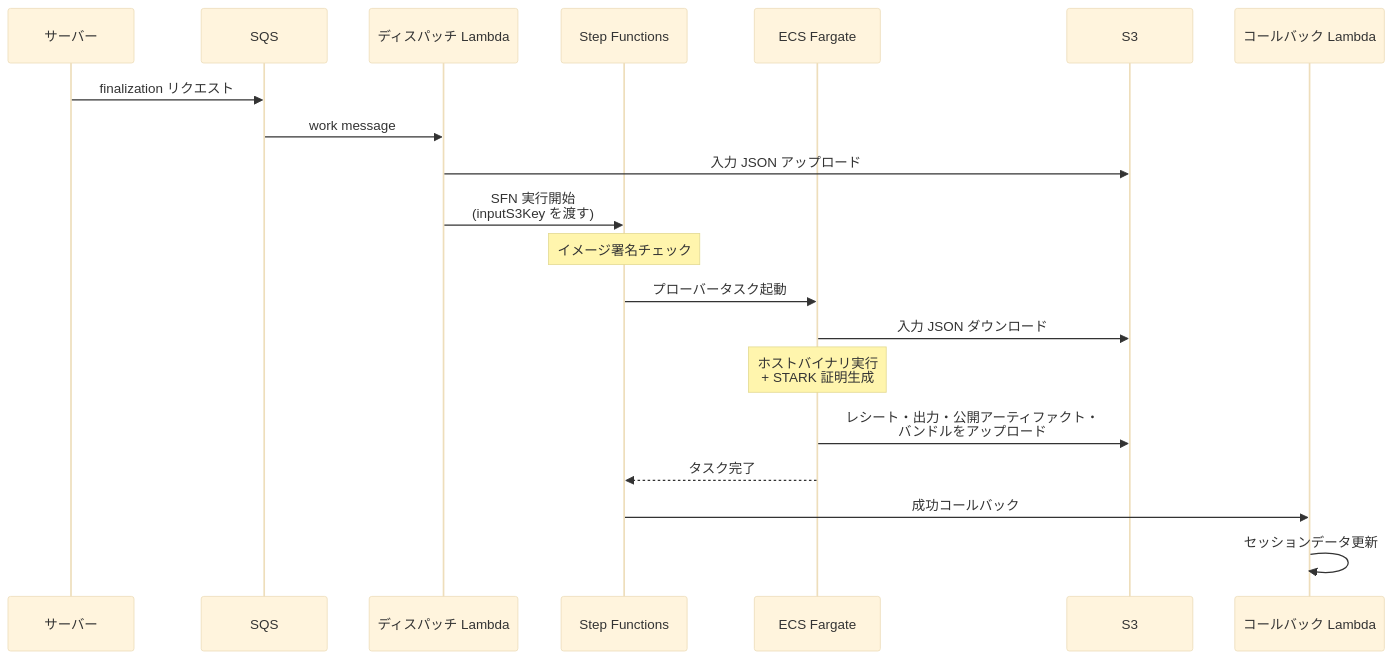
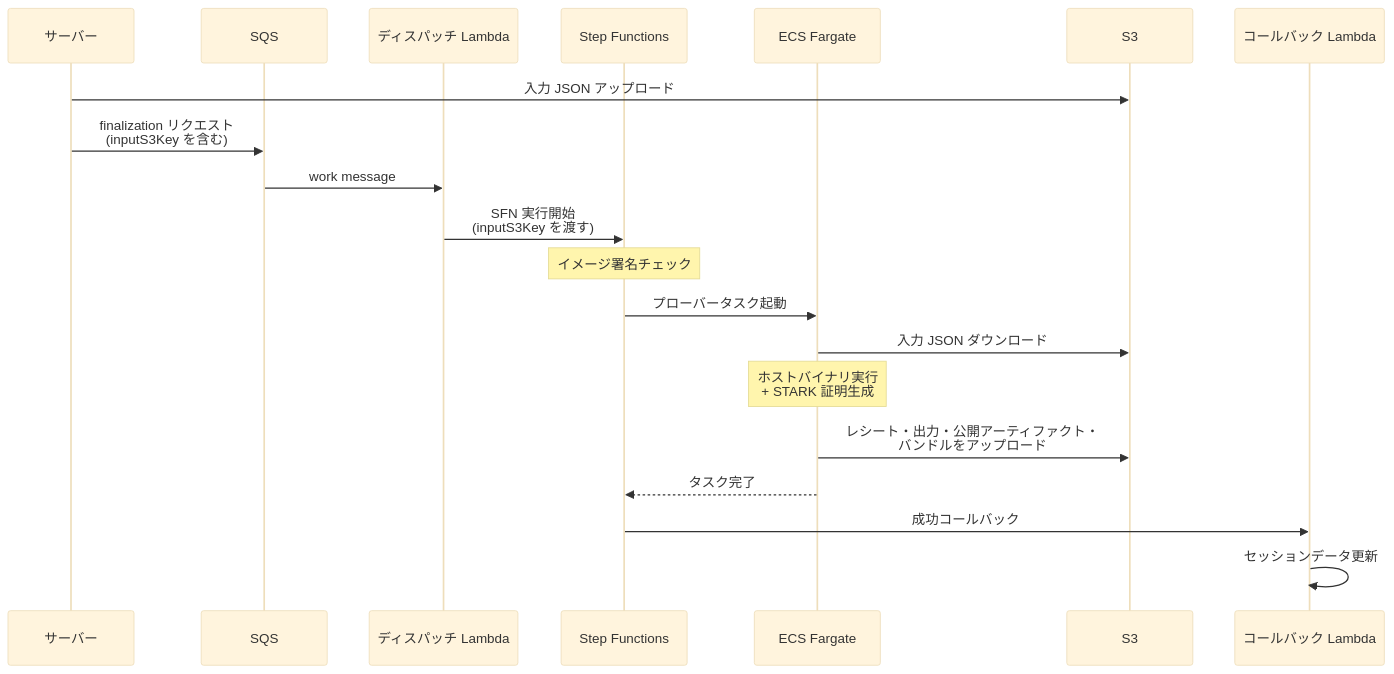
The fifth of 5 diagrams in public-book/src/zkvm/host-and-proving.md (hwatanabe-jp/stark-ballot-simulator-public), drawn with Mermaid (base theme) before and after one commit. The commit also changed other lines of this file and 389 other files, not shown here.

````diff
--- a/public-book/src/zkvm/host-and-proving.md
+++ b/public-book/src/zkvm/host-and-proving.md
@@ -189,23 +186,23 @@
 ```mermaid
 sequenceDiagram
   participant S as サーバー
   participant SQS as SQS
   participant D as ディスパッチ Lambda
   participant SFN as Step Functions
   participant ECS as ECS Fargate
   participant S3 as S3
   participant CB as コールバック Lambda
 
-  S->>SQS: finalization リクエスト
+  S->>S3: 入力 JSON アップロード
+  S->>SQS: finalization リクエスト<br/>(inputS3Key を含む)
   SQS->>D: work message
-  D->>S3: 入力 JSON アップロード
   D->>SFN: SFN 実行開始<br/>(inputS3Key を渡す)
   Note over SFN: イメージ署名チェック
   SFN->>ECS: プローバータスク起動
   ECS->>S3: 入力 JSON ダウンロード
   Note over ECS: ホストバイナリ実行<br/>+ STARK 証明生成
   ECS->>S3: レシート・出力・公開アーティファクト・<br/>バンドルをアップロード
   ECS-->>SFN: タスク完了
   SFN->>CB: 成功コールバック
   CB->>CB: セッションデータ更新
 ```
````
